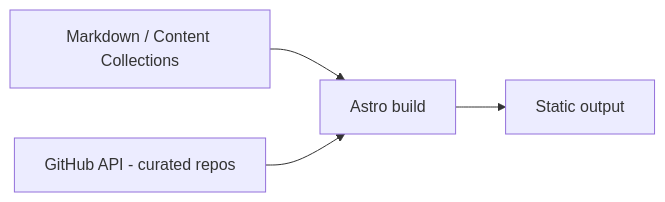
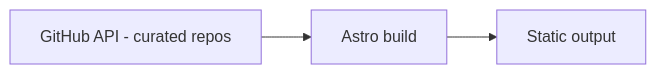
One commit to cyb3rflx/cyb3rflx.dev changed the second of 2 diagrams in CLAUDE.md. Above: the diagram before and after it, drawn with Mermaid. The commit also changed other lines of this file and 18 other files, not shown here.

````diff
--- a/CLAUDE.md
+++ b/CLAUDE.md
@@ -72,6 +75,5 @@
 ```mermaid
 flowchart LR
-    MD[Markdown / Content Collections] --> Astro[Astro build]
-    API[GitHub API - curated repos] --> Astro
+    API[GitHub API - curated repos] --> Astro[Astro build]
     Astro --> Out[Static output]
 ```
````
